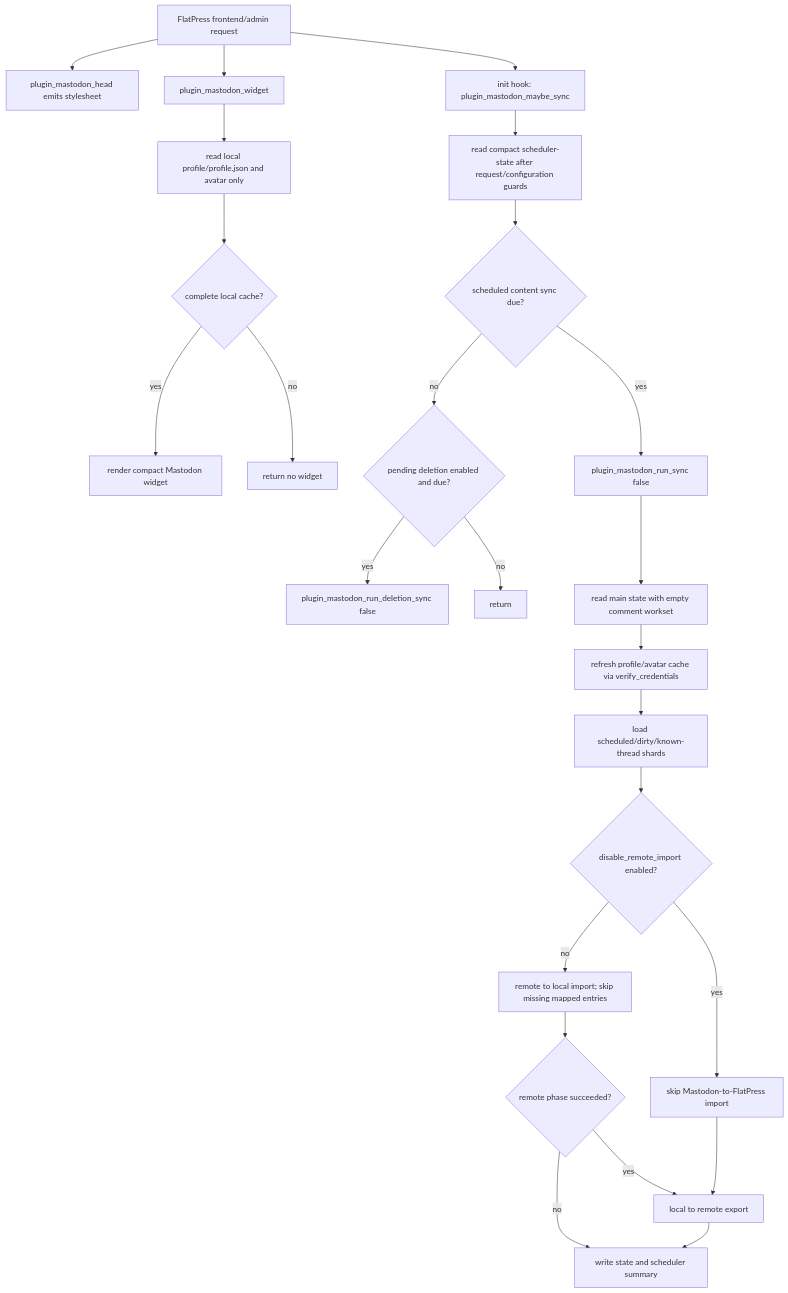
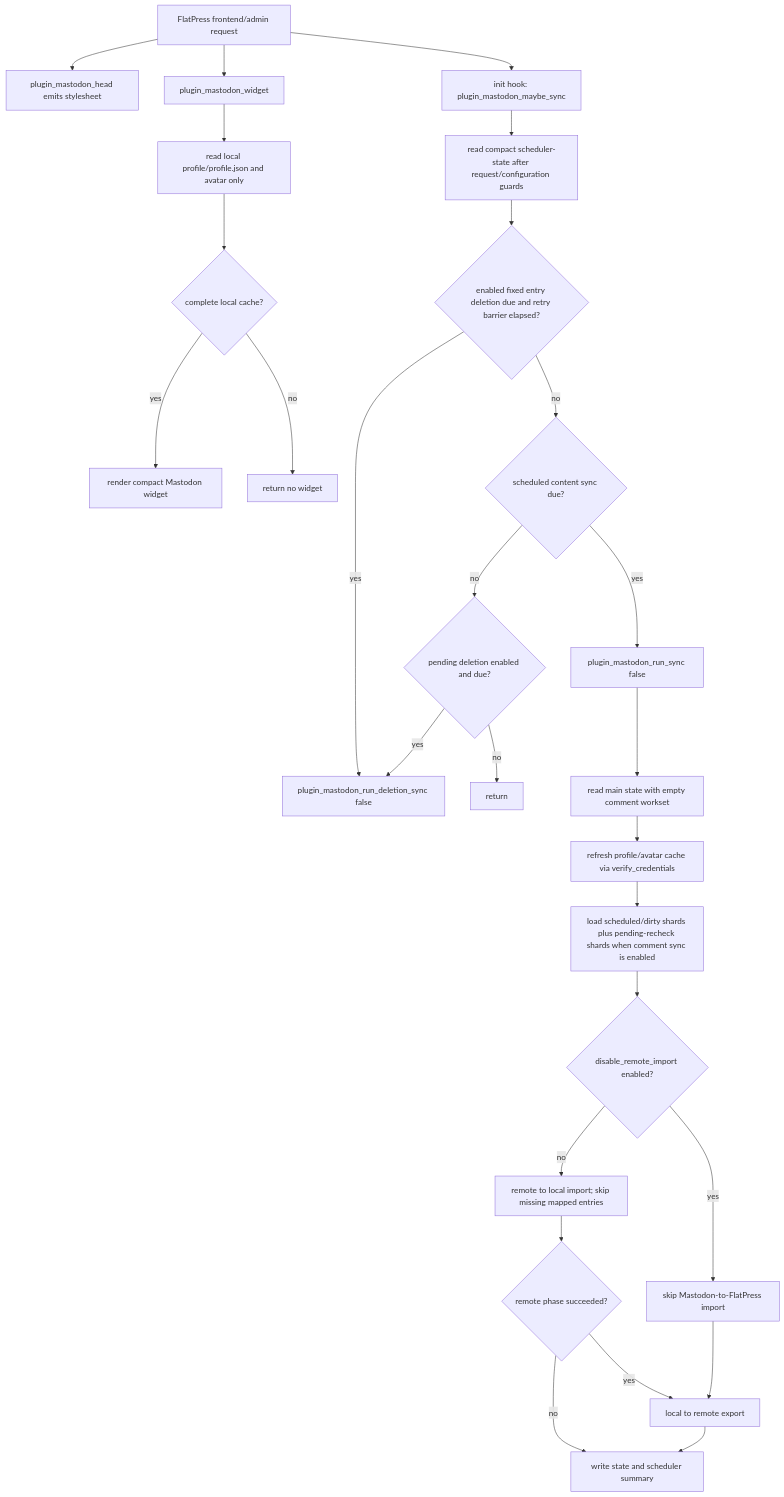
One commit to flatpressblog/flatpress changed the first of 6 diagrams in fp-plugins/mastodon/developer-docs/07-Function-Organigram.md. Above: the diagram before and after it, drawn with Mermaid. The commit also changed other lines of this file and 11 other files, not shown here.

````diff
--- a/fp-plugins/mastodon/developer-docs/07-Function-Organigram.md
+++ b/fp-plugins/mastodon/developer-docs/07-Function-Organigram.md
@@ -64,27 +52,29 @@
 ```mermaid
 flowchart TD
 	Front[FlatPress frontend/admin request] --> Head[plugin_mastodon_head emits stylesheet]
 	Front --> Widget[plugin_mastodon_widget]
 	Widget --> ProfileCache[read local profile/profile.json and avatar only]
 	ProfileCache --> WidgetOut{complete local cache?}
 	WidgetOut -- yes --> Render[render compact Mastodon widget]
 	WidgetOut -- no --> Hide[return no widget]
 	Front --> Init[init hook: plugin_mastodon_maybe_sync]
 	Init --> Fast[read compact scheduler-state after request/configuration guards]
-	Fast --> Due{scheduled content sync due?}
+	Fast --> FixedDue{enabled fixed entry deletion due and retry barrier elapsed?}
+	FixedDue -- yes --> DeleteRun
+	FixedDue -- no --> Due{scheduled content sync due?}
 	Due -- yes --> Run[plugin_mastodon_run_sync false]
 	Due -- no --> DeleteDue{pending deletion enabled and due?}
 	DeleteDue -- yes --> DeleteRun[plugin_mastodon_run_deletion_sync false]
 	DeleteDue -- no --> End[return]
 	Run --> EmptyState[read main state with empty comment workset]
 	EmptyState --> ProfileRefresh[refresh profile/avatar cache via verify_credentials]
-	ProfileRefresh --> Workset[load scheduled/dirty/known-thread shards]
+	ProfileRefresh --> Workset[load scheduled/dirty shards plus pending-recheck shards when comment sync is enabled]
 	Workset --> OneWay{disable_remote_import enabled?}
 	OneWay -- no --> RemoteLocal[remote to local import; skip missing mapped entries]
 	OneWay -- yes --> SkipRemote[skip Mastodon-to-FlatPress import]
 	RemoteLocal --> RemoteOk{remote phase succeeded?}
 	RemoteOk -- yes --> LocalRemote[local to remote export]
 	RemoteOk -- no --> Persist[write state and scheduler summary]
 	SkipRemote --> LocalRemote
 	LocalRemote --> Persist
 ```
````
